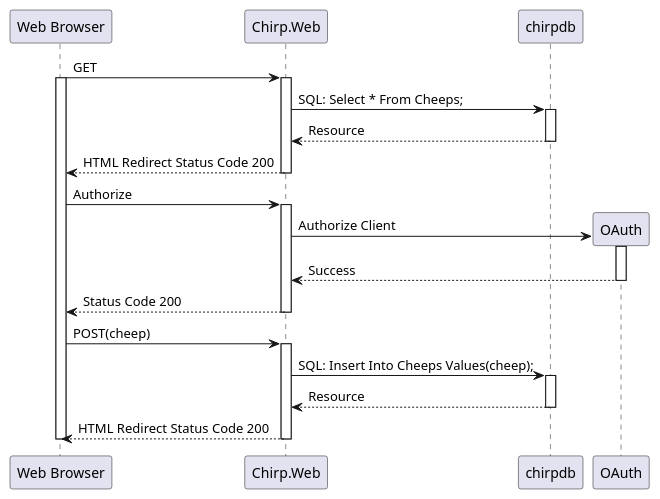
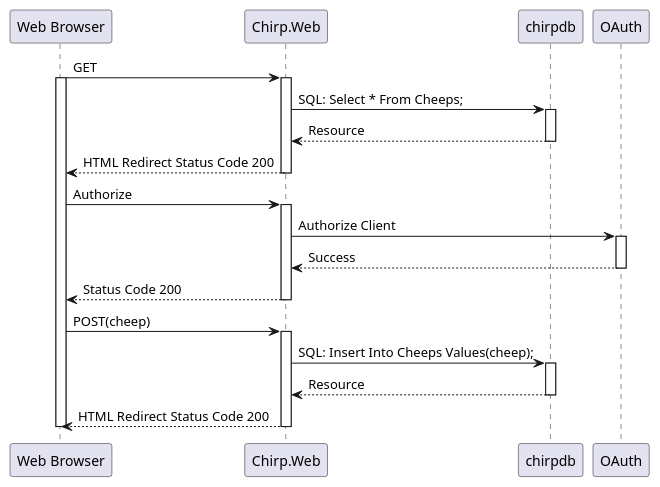
One commit to ITU-BDSA23-GROUP1/Chirp changed the diagram in docs/diagrams/SequenceCalls.plantuml. Above: the diagram before and after it, drawn with PlantUML. The commit also changed 2 other files, not shown here.

Commit message:
Updated sequence diagram

```diff
--- a/docs/diagrams/SequenceCalls.plantuml
+++ b/docs/diagrams/SequenceCalls.plantuml
@@ -1,34 +1,34 @@
 @startuml SequenceCalls
 participant "Web Browser" as W
 participant "Chirp.Web" as C
 
 W -> C: GET
 activate W
 activate C
 C -> chirpdb: SQL: Select * From Cheeps;
 activate chirpdb
 chirpdb --> C: Resource
 deactivate chirpdb
 C --> W: HTML Redirect Status Code 200
 deactivate C
 
 W -> C: Authorize
 activate C
-C -> OAuth ** : Authorize Client
+C -> OAuth: Authorize Client
 activate OAuth
 OAuth --> C: Success
 deactivate OAuth
 C --> W: Status Code 200
 deactivate C
 
 W -> C: POST(cheep)
 activate C
 C -> chirpdb: SQL: Insert Into Cheeps Values(cheep);
 activate chirpdb
 chirpdb --> C: Resource
 deactivate chirpdb
 C --> W: HTML Redirect Status Code 200
 deactivate C
 deactivate W
 
 @enduml
```
